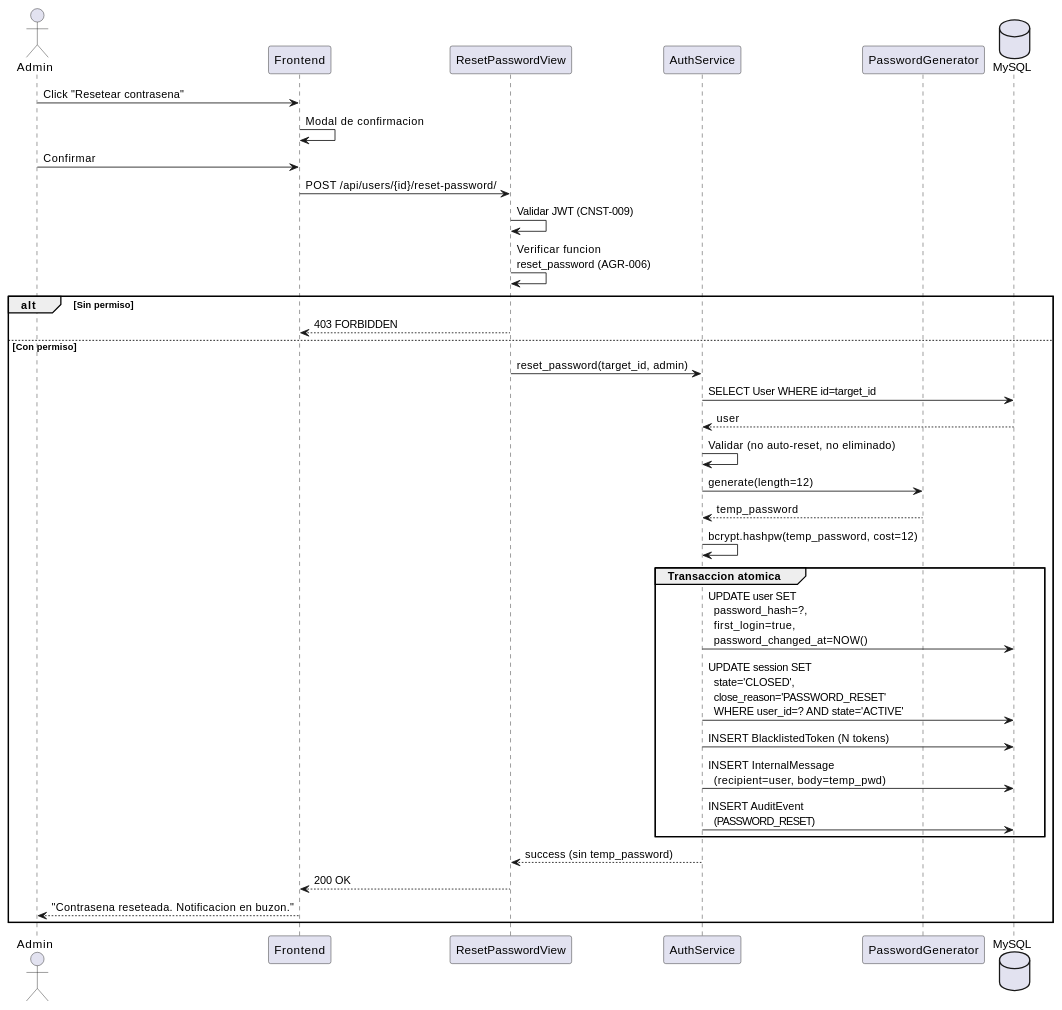
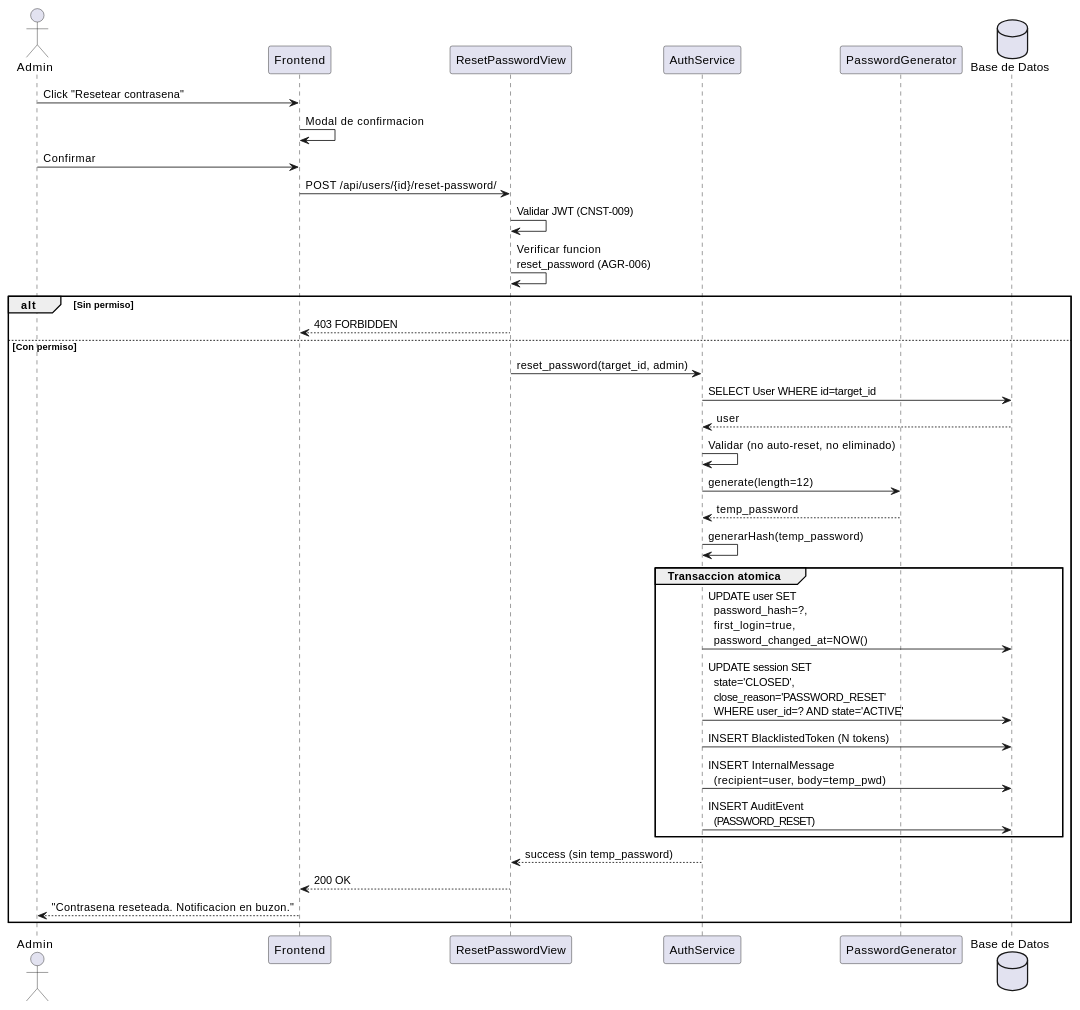
The second of 4 diagrams in source/requisitos/casos-uso/auth/uc-auth-03/diagramas-uml.rst (jcg-admin/IACT-docs), drawn with PlantUML before and after one commit. The commit also changed 48 other files, not shown here.

```diff
--- a/source/requisitos/casos-uso/auth/uc-auth-03/diagramas-uml.rst
+++ b/source/requisitos/casos-uso/auth/uc-auth-03/diagramas-uml.rst
@@ -49,46 +49,46 @@
 .. uml::
  :caption: UC_AUTH_03 — flujo principal
 
  @startuml
 
  actor Admin as A
  participant "Frontend" as FE
  participant "ResetPasswordView" as RV
  participant "AuthService" as AS
  participant "PasswordGenerator" as PG
- database "MySQL" as DB
+ database "Base de Datos" as DB
 
  A -> FE: Click "Resetear contrasena"
  FE -> FE: Modal de confirmacion
  A -> FE: Confirmar
  FE -> RV: POST /api/users/{id}/reset-password/
 
  RV -> RV: Validar JWT (CNST-009)
  RV -> RV: Verificar funcion\nreset_password (AGR-006)
  alt Sin permiso
    RV --> FE: 403 FORBIDDEN
  else Con permiso
    RV -> AS: reset_password(target_id, admin)
 
    AS -> DB: SELECT User WHERE id=target_id
    DB --> AS: user
    AS -> AS: Validar (no auto-reset, no eliminado)
 
    AS -> PG: generate(length=12)
    PG --> AS: temp_password
-   AS -> AS: bcrypt.hashpw(temp_password, cost=12)
+   AS -> AS: generarHash(temp_password)
 
    group Transaccion atomica
      AS -> DB: UPDATE user SET\n  password_hash=?,\n  first_login=true,\n  password_changed_at=NOW()
      AS -> DB: UPDATE session SET\n  state='CLOSED',\n  close_reason='PASSWORD_RESET'\n  WHERE user_id=? AND state='ACTIVE'
      AS -> DB: INSERT BlacklistedToken (N tokens)
      AS -> DB: INSERT InternalMessage\n  (recipient=user, body=temp_pwd)
      AS -> DB: INSERT AuditEvent\n  (PASSWORD_RESET)
    end
 
    AS --> RV: success (sin temp_password)
    RV --> FE: 200 OK
    FE --> A: "Contrasena reseteada. Notificacion en buzon."
  end
 
  @enduml
```
